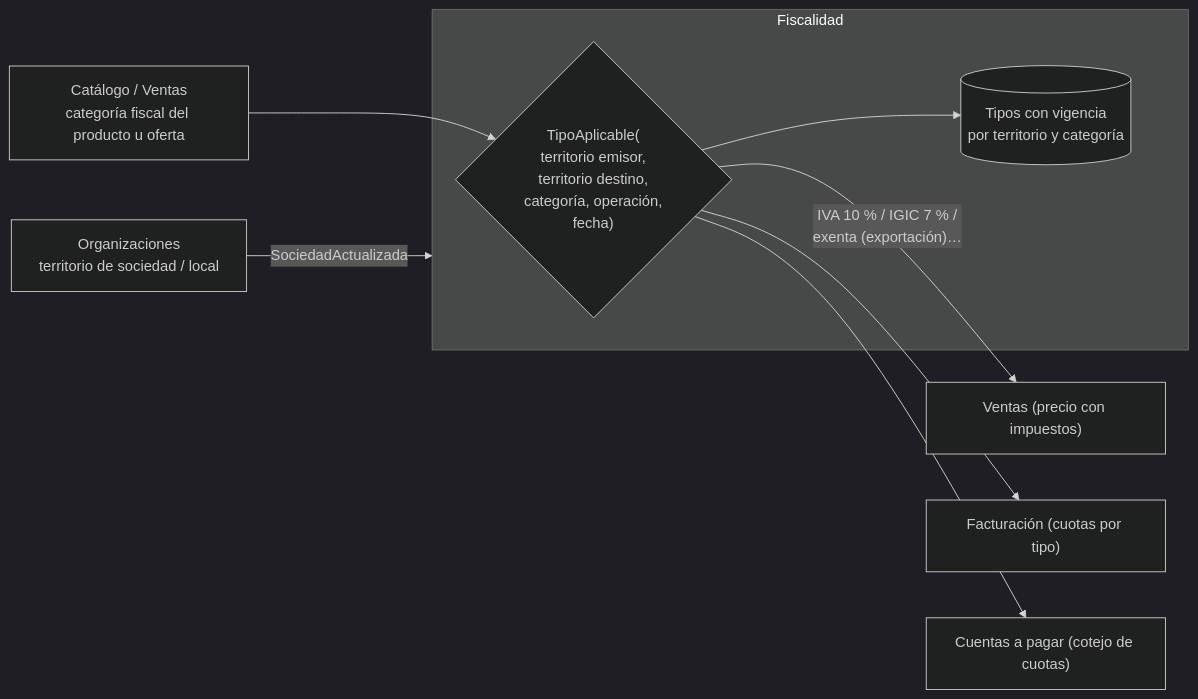
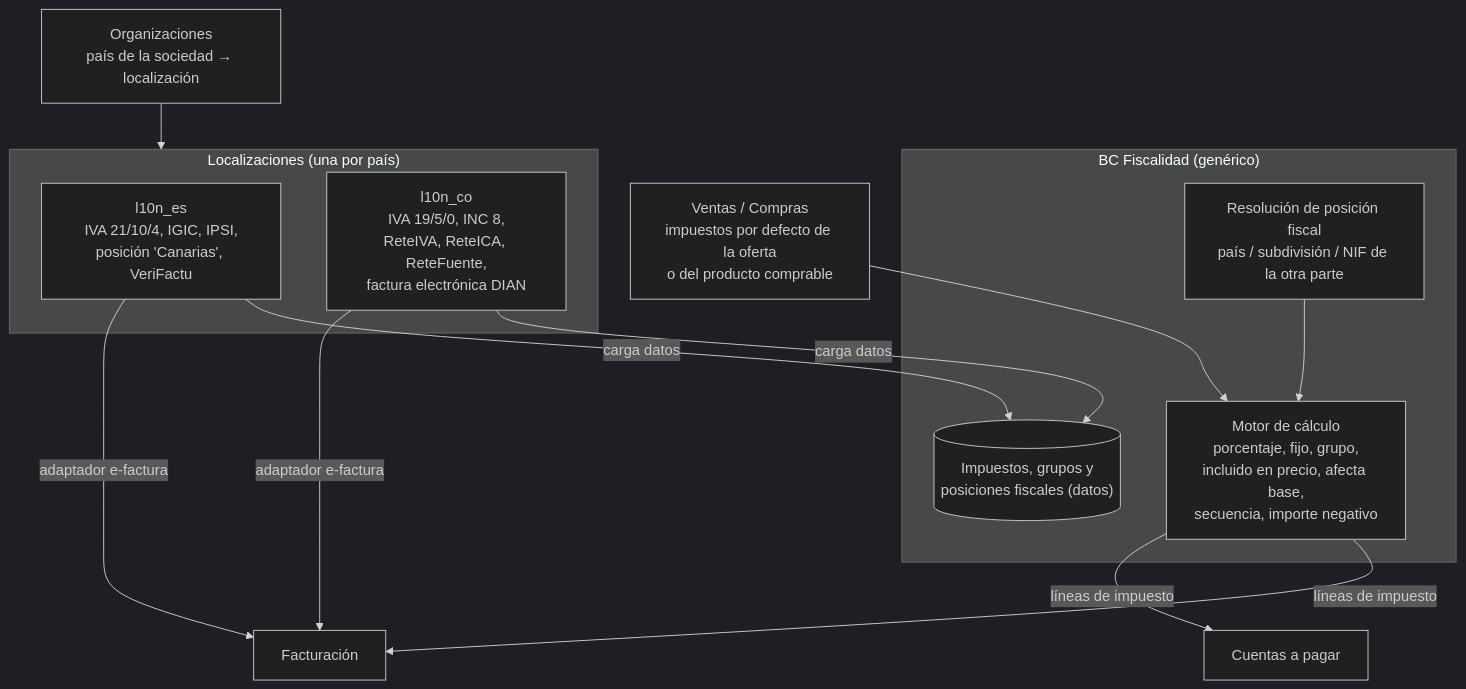
One commit to juvndvv/knowledge-base changed the diagram in ddd/erp-bc-fiscalidad.md. Above: the diagram before and after it, drawn with Mermaid (dark theme). The commit also changed other lines of this file and 3 other files, not shown here.

First line of the commit message:
Rehace Fiscalidad al estilo Odoo (impuestos como datos, posiciones fiscales, localizaciones) y ajusta BCs vecinos

````diff
--- a/ddd/erp-bc-fiscalidad.md
+++ b/ddd/erp-bc-fiscalidad.md
@@ -34,13 +47,20 @@
 ```mermaid
-flowchart LR
-    ORG["Organizaciones<br/>territorio de sociedad / local"] -- "SociedadActualizada" --> FIS
-    CAT["Catálogo / Ventas<br/>categoría fiscal del producto u oferta"] --> Q
-    subgraph FIS["Fiscalidad"]
-        Q{"TipoAplicable(<br/>territorio emisor,<br/>territorio destino,<br/>categoría, operación,<br/>fecha)"}
-        T[("Tipos con vigencia<br/>por territorio y categoría")]
-        Q --> T
+flowchart TB
+    subgraph FIS["BC Fiscalidad (genérico)"]
+        MOT["Motor de cálculo<br/>porcentaje, fijo, grupo,<br/>incluido en precio, afecta base,<br/>secuencia, importe negativo"]
+        POS["Resolución de posición fiscal<br/>país / subdivisión / NIF de la otra parte"]
+        DAT[("Impuestos, grupos y<br/>posiciones fiscales (datos)")]
     end
-    Q -- "IVA 10 % / IGIC 7 % /<br/>exenta (exportación)…" --> VEN["Ventas (precio con impuestos)"]
-    Q --> FAC["Facturación (cuotas por tipo)"]
-    Q --> CAP["Cuentas a pagar (cotejo de cuotas)"]
+    subgraph LOC["Localizaciones (una por país)"]
+        ES["l10n_es<br/>IVA 21/10/4, IGIC, IPSI,<br/>posición 'Canarias', VeriFactu"]
+        CO["l10n_co<br/>IVA 19/5/0, INC 8,<br/>ReteIVA, ReteICA, ReteFuente,<br/>factura electrónica DIAN"]
+    end
+    ES -- "carga datos" --> DAT
+    CO -- "carga datos" --> DAT
+    ES -- "adaptador e-factura" --> FAC["Facturación"]
+    CO -- "adaptador e-factura" --> FAC
+    ORG["Organizaciones<br/>país de la sociedad → localización"] --> LOC
+    VEN["Ventas / Compras<br/>impuestos por defecto de la oferta<br/>o del producto comprable"] --> MOT
+    POS --> MOT
+    MOT -- "líneas de impuesto" --> FAC & CAP["Cuentas a pagar"]
 ```
````
